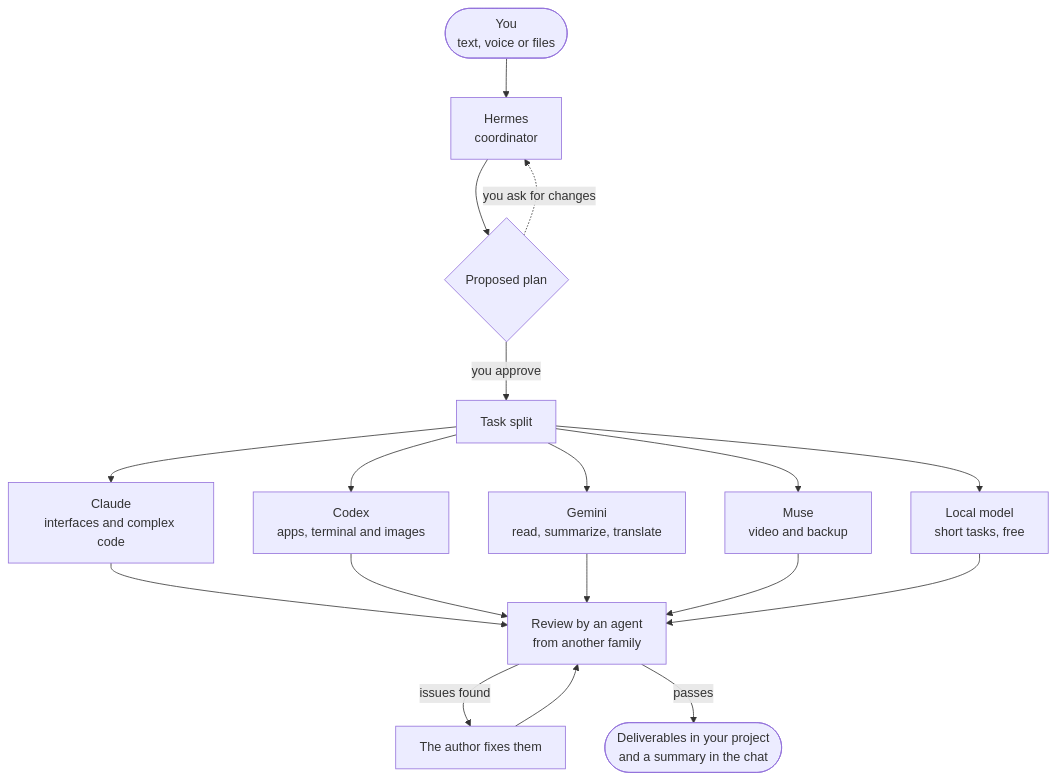
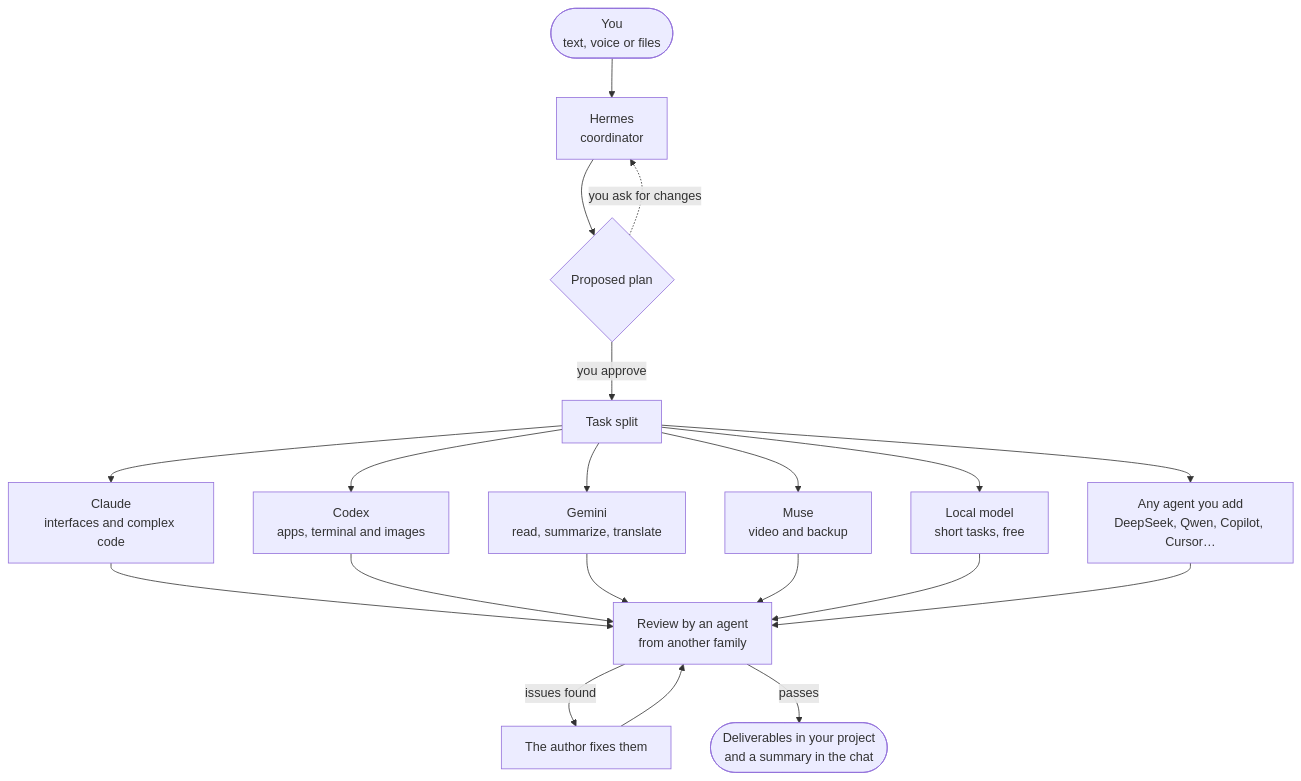
The diagram in README.md (Yiku21/kywai), drawn with Mermaid before and after one commit. The commit also changed other lines of this file and 4 other files, not shown here.

````diff
--- a/README.md
+++ b/README.md
@@ -99,16 +110,17 @@
 ```mermaid
 flowchart TD
     T(["You<br/>text, voice or files"]) --> H["Hermes<br/>coordinator"]
     H --> P{"Proposed plan"}
     P -- "you approve" --> R["Task split"]
     P -. "you ask for changes" .-> H
     R --> C["Claude<br/>interfaces and complex code"]
     R --> X["Codex<br/>apps, terminal and images"]
     R --> G["Gemini<br/>read, summarize, translate"]
     R --> M["Muse<br/>video and backup"]
     R --> L["Local model<br/>short tasks, free"]
-    C & X & G & M & L --> V["Review by an agent<br/>from another family"]
+    R --> A["Any agent you add<br/>DeepSeek, Qwen, Copilot, Cursor…"]
+    C & X & G & M & L & A --> V["Review by an agent<br/>from another family"]
     V -- "issues found" --> F["The author fixes them"]
     F --> V
     V -- "passes" --> E(["Deliverables in your project<br/>and a summary in the chat"])
 ```
````
